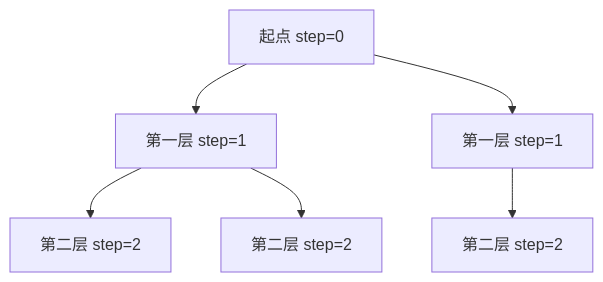
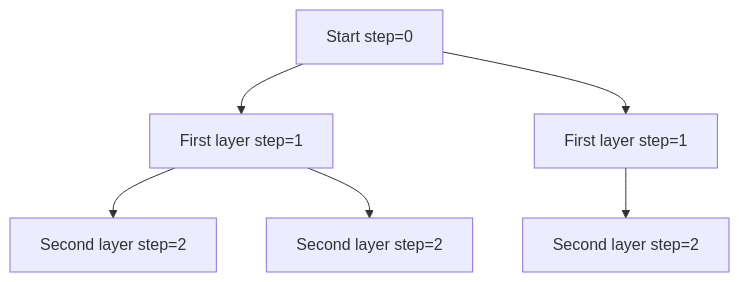
Before and after one commit to HONGLEI111/hhlblog-global: the first of 2 diagrams in src/content/technology/bfs.md, drawn with Mermaid. The commit also changed other lines of this file and 33 other files, not shown here.

First line of the commit message:
content(code): 翻译 mermaid 图节点标签（34 文件 / 267 处）

````diff
--- a/src/content/technology/bfs.md
+++ b/src/content/technology/bfs.md
@@ -38,8 +38,8 @@
  ```mermaid
 graph TD
-    S[起点 step=0] --> A[第一层 step=1]
-    S --> B[第一层 step=1]
-    A --> C[第二层 step=2]
-    A --> D[第二层 step=2]
-    B --> E[第二层 step=2]
+    S[Start step=0] --> A[First layer step=1]
+    S --> B[First layer step=1]
+    A --> C[Second layer step=2]
+    A --> D[Second layer step=2]
+    B --> E[Second layer step=2]
 ```
````
